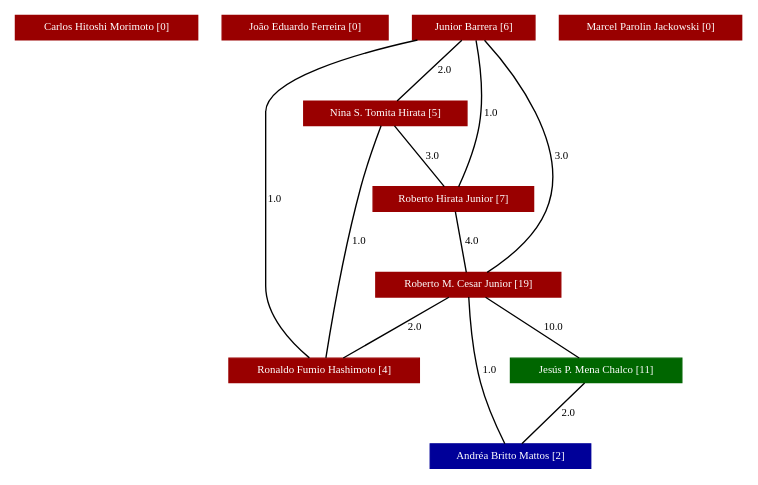
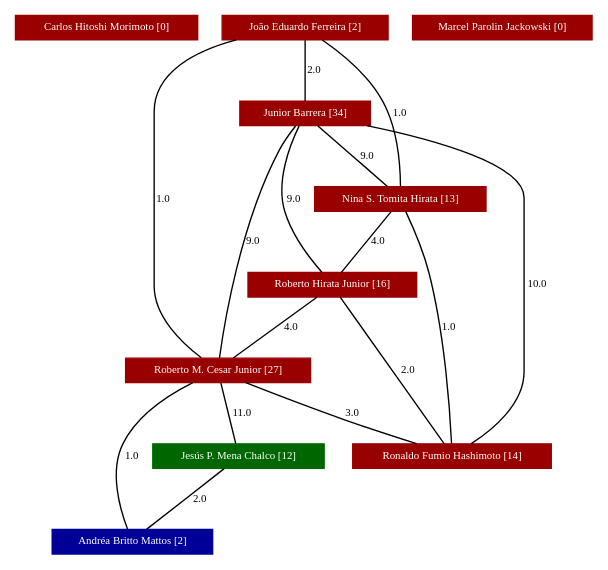
Before and after one commit to Leonnmarshall/scriptlattesgui: the diagram in lattes/exemplo/teste-02/grafoDeColaboracoesComPesos.dot, drawn with Graphviz. The commit also changed 306 other files, not shown here.

```diff
--- a/lattes/exemplo/teste-02/grafoDeColaboracoesComPesos.dot
+++ b/lattes/exemplo/teste-02/grafoDeColaboracoesComPesos.dot
@@ -1,25 +1,29 @@
 strict graph grafo2 {
-	graph [bb="0,0,534,338", id=grafo2, overlap=False];
+	graph [bb="0,0,424,402", id=grafo2, overlap=False];
 	node [label="\N", fontsize=8, shape=rectangle, style=filled];
-	0 [label="Carlos Hitoshi Morimoto [0]", URL="http://lattes.cnpq.br/4575931307749163", color="#990000", fontcolor="#FFFFFF", height="0.25", pos="67,329", width="1.8611"];
-	1 [label="João Eduardo Ferreira [0]", URL="http://lattes.cnpq.br/0131770792108992", color="#990000", fontcolor="#FFFFFF", height="0.25", pos="213,329", width="1.6944"];
-	2 [label="Junior Barrera [6]", URL="http://lattes.cnpq.br/0362417828475021", color="#990000", fontcolor="#FFFFFF", height="0.25", pos="337,329", width="1.25"];
-	5 [label="Roberto Hirata Junior [7]", URL="http://lattes.cnpq.br/1647118503085126", color="#990000", fontcolor="#FFFFFF", height="0.25", pos="219,201", width="1.6389"];
-	7 [label="Ronaldo Fumio Hashimoto [4]", URL="http://lattes.cnpq.br/9283304583756076", color="#990000", fontcolor="#FFFFFF", height="0.25", pos="434,73", width="1.9444"];
-	6 [label="Roberto M. Cesar Junior [19]", URL="http://lattes.cnpq.br/2240951178648368", color="#990000", fontcolor="#FFFFFF", height="0.25", pos="283,137", width="1.8889"];
-	4 [label="Nina S. Tomita Hirata [5]", URL="http://lattes.cnpq.br/0644408634493034", color="#990000", fontcolor="#FFFFFF", height="0.25", pos="394,265", width="1.6667"];
-	9 [label="Andréa Britto Mattos [2]", URL="http://lattes.cnpq.br/2837012019824386", color="#000099", fontcolor="#FFFFFF", height="0.25", pos="220,9", width="1.6389"];
-	8 [label="Jesús P. Mena Chalco [11]", URL="http://lattes.cnpq.br/4727357182510680", color="#006600", fontcolor="#FFFFFF", height="0.25", pos="283,73", width="1.75"];
-	3 [label="Marcel Parolin Jackowski [0]", URL="http://lattes.cnpq.br/0926213060635986", color="#990000", fontcolor="#FFFFFF", height="0.25", pos="467,329", width="1.8611"];
-	2 -- 5 [fontsize=8, label="1.0", lp="272,265", pos="317.89,319.78 309.41,315.15 299.65,309.02 292,302 260.6,273.18 234.3,228.9 223.84,210.03"];
-	2 -- 7 [fontsize=8, label="1.0", lp="489,201", pos="375.86,319.91 418.81,308.7 482,288.25 482,265 482,265 482,265 482,137 482,113.67 461.33,93.396 447.12,82.217"];
-	2 -- 6 [fontsize=8, label="3.0", lp="313,233", pos="333.51,319.8 327.4,303.49 314.6,268.35 306,238 296.54,204.61 288.27,164.16 284.77,146.27"];
-	2 -- 4 [fontsize=8, label="2.0", lp="375,297", pos="345.17,319.83 356,307.66 375.02,286.31 385.85,274.15"];
-	6 -- 9 [fontsize=8, label="1.0", lp="204,73", pos="255.89,127.83 235.65,119.39 209.43,104.7 197,82 185.39,60.787 201.91,32.84 212.43,18.455"];
-	6 -- 8 [fontsize=8, label="10.0", lp="292.5,105", pos="283,127.83 283,115.66 283,94.31 283,82.153"];
-	6 -- 7 [fontsize=8, label="2.0", lp="374,105", pos="304.31,127.97 332.93,115.84 383.5,94.406 412.31,82.195"];
-	4 -- 5 [fontsize=8, label="3.0", lp="352,233", pos="379.19,255.85 365.34,247.63 343.87,235.68 324,228 304.69,220.53 282.59,214.5 263.66,210.04"];
-	4 -- 7 [fontsize=8, label="1.0", lp="421,169", pos="395.88,256 402.58,223.82 425.31,114.71 432.08,82.207"];
-	5 -- 6 [fontsize=8, label="4.0", lp="261,169", pos="228.17,191.83 240.34,179.66 261.69,158.31 273.85,146.15"];
-	8 -- 9 [fontsize=8, label="2.0", lp="262,41", pos="273.97,63.83 262,51.664 240.98,30.31 229.01,18.153"];
+	0 [label="Carlos Hitoshi Morimoto [0]", URL="http://lattes.cnpq.br/4575931307749163", color="#990000", fontcolor="#FFFFFF", height="0.25", pos="67,393", width="1.8611"];
+	1 [label="João Eduardo Ferreira [2]", URL="http://lattes.cnpq.br/0131770792108992", color="#990000", fontcolor="#FFFFFF", height="0.25", pos="213,393", width="1.6944"];
+	6 [label="Roberto M. Cesar Junior [27]", URL="http://lattes.cnpq.br/2240951178648368", color="#990000", fontcolor="#FFFFFF", height="0.25", pos="145,137", width="1.8889"];
+	4 [label="Nina S. Tomita Hirata [13]", URL="http://lattes.cnpq.br/0644408634493034", color="#990000", fontcolor="#FFFFFF", height="0.25", pos="284,265", width="1.75"];
+	2 [label="Junior Barrera [34]", URL="http://lattes.cnpq.br/0362417828475021", color="#990000", fontcolor="#FFFFFF", height="0.25", pos="213,329", width="1.3333"];
+	5 [label="Roberto Hirata Junior [16]", URL="http://lattes.cnpq.br/1647118503085126", color="#990000", fontcolor="#FFFFFF", height="0.25", pos="233,201", width="1.7222"];
+	7 [label="Ronaldo Fumio Hashimoto [14]", URL="http://lattes.cnpq.br/9283304583756076", color="#990000", fontcolor="#FFFFFF", height="0.25", pos="317,73", width="2.0278"];
+	9 [label="Andréa Britto Mattos [2]", URL="http://lattes.cnpq.br/2837012019824386", color="#000099", fontcolor="#FFFFFF", height="0.25", pos="97,9", width="1.6389"];
+	8 [label="Jesús P. Mena Chalco [12]", URL="http://lattes.cnpq.br/4727357182510680", color="#006600", fontcolor="#FFFFFF", height="0.25", pos="160,73", width="1.75"];
+	3 [label="Marcel Parolin Jackowski [0]", URL="http://lattes.cnpq.br/0926213060635986", color="#990000", fontcolor="#FFFFFF", height="0.25", pos="358,393", width="1.8333"];
+	1 -- 6 [fontsize=8, label="1.0", lp="108,265", pos="161.92,383.98 132.38,375.5 101,359.35 101,329 101,329 101,329 101,201 101,178.08 120.4,157.38 133.44,146.05"];
+	1 -- 4 [fontsize=8, label="1.0", lp="284,329", pos="226.61,383.76 239.88,373.99 259.52,357.35 270,338 281.31,317.12 283.59,288.54 283.98,274.12"];
+	1 -- 2 [fontsize=8, label="2.0", lp="220,361", pos="213,383.83 213,371.66 213,350.31 213,338.15"];
+	2 -- 5 [fontsize=8, label="9.0", lp="205,265", pos="208.31,319.89 201.78,305.97 191.42,278.61 198,256 203.19,238.18 216.09,220.62 224.7,210.3"];
+	2 -- 6 [fontsize=8, label="9.0", lp="175,233", pos="205.64,319.91 201.8,314.86 197.24,308.32 194,302 165.49,246.43 150.87,171.62 146.47,146.02"];
+	2 -- 4 [fontsize=8, label="9.0", lp="259,297", pos="223.17,319.83 236.67,307.66 260.36,286.31 273.85,274.15"];
+	2 -- 7 [fontsize=8, label="10.0", lp="384.5,201", pos="259.86,319.95 307.7,309.32 375,289.95 375,265 375,265 375,265 375,137 375,112.26 350.91,92.823 333.78,82.132"];
+	6 -- 7 [fontsize=8, label="3.0", lp="245,105", pos="167.05,127.87 185.82,120.19 213.55,109.04 238,100 254.99,93.72 274.23,87.135 289.46,82.041"];
+	6 -- 9 [fontsize=8, label="1.0", lp="81,73", pos="124.87,127.86 107.81,118.88 84.502,103.42 74,82 63.354,60.286 79.47,32.55 89.677,18.33"];
+	6 -- 8 [fontsize=8, label="11.0", lp="162.5,105", pos="147.15,127.83 150,115.66 155.01,94.31 157.85,82.153"];
+	4 -- 5 [fontsize=8, label="4.0", lp="268,233", pos="276.69,255.83 267,243.66 249.98,222.31 240.29,210.15"];
+	4 -- 7 [fontsize=8, label="1.0", lp="318,169", pos="288.13,255.87 292.81,245.13 300.25,226.65 304,210 314.66,162.69 316.59,104.26 316.93,82.101"];
+	5 -- 6 [fontsize=8, label="4.0", lp="201,169", pos="220.39,191.83 203.66,179.66 174.3,158.31 157.58,146.15"];
+	5 -- 7 [fontsize=8, label="2.0", lp="287,137", pos="239.04,191.79 254.54,168.18 295.58,105.65 311.01,82.122"];
+	8 -- 9 [fontsize=8, label="2.0", lp="139,41", pos="150.97,63.83 139,51.664 117.98,30.31 106.01,18.153"];
 }
```
